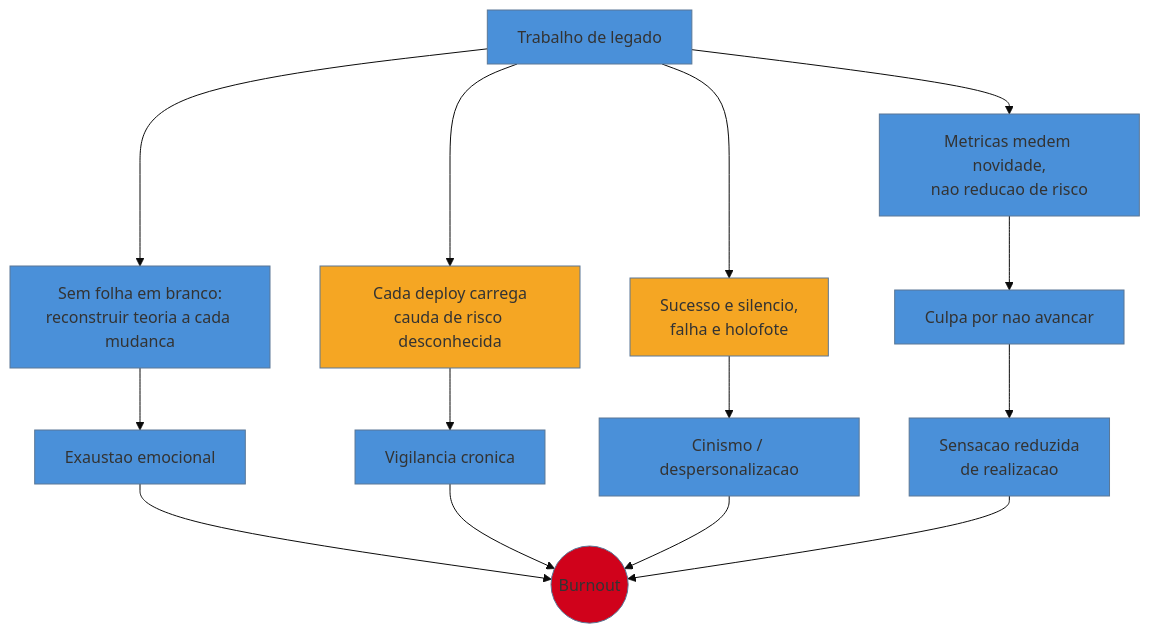
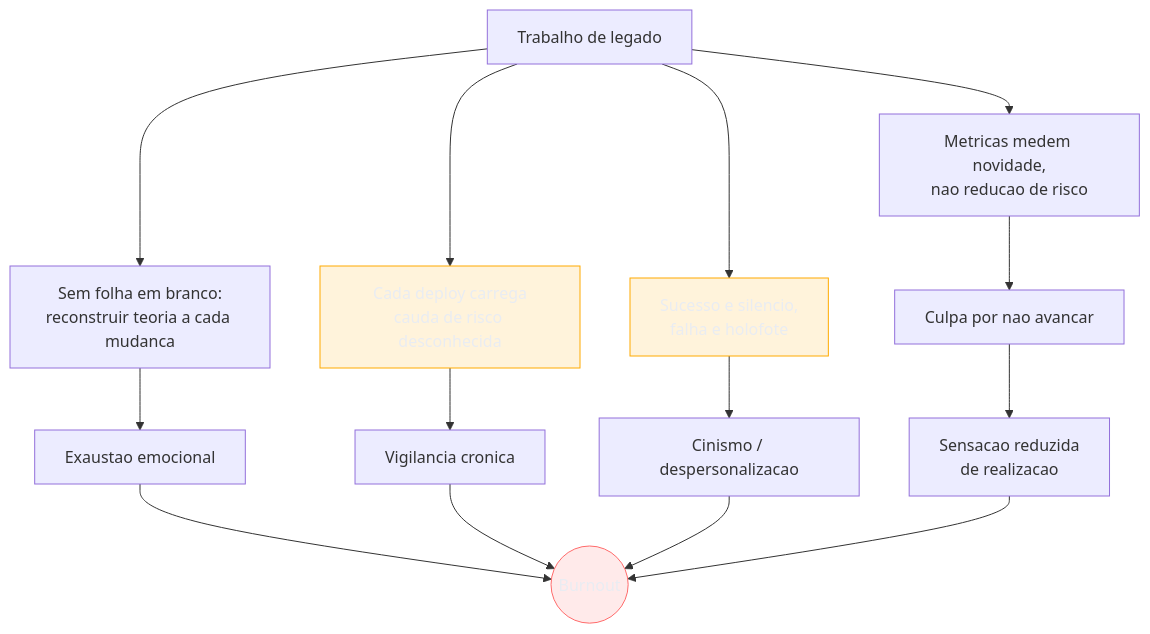
The first of 2 diagrams in 03-Dominios/Engenharia/Arqueologia e Restauração de Software/25 - Sustentabilidade humana.md (josenaldo/codex-technomanticus), drawn with Mermaid before and after one commit. The commit also changed other lines of this file and 1181 other files, not shown here.

First line of the commit message:
fix(diagramas): paleta do sistema no lugar de cor cravada no markdown

````diff
--- a/03-Dominios/Engenharia/Arqueologia e Restauração de Software/25 - Sustentabilidade humana.md
+++ b/03-Dominios/Engenharia/Arqueologia e Restauração de Software/25 - Sustentabilidade humana.md
@@ -42,20 +42,21 @@
 ```mermaid
-%%{init: {"theme": "base", "themeVariables": {"primaryColor": "#4A90D9"}}}%%
 graph TD
+    classDef destaque fill:#FFAA0024,stroke:#FFAA00,color:#E9ECF2
+    classDef falha fill:#FF6B6B24,stroke:#FF6B6B,color:#E9ECF2
     A[Trabalho de legado] --> B[Sem folha em branco:<br/>reconstruir teoria a cada mudanca]
     A --> C[Metricas medem novidade,<br/>nao reducao de risco]
     A --> D[Cada deploy carrega<br/>cauda de risco desconhecida]
     A --> E[Sucesso e silencio,<br/>falha e holofote]
     B --> F[Exaustao emocional]
     C --> G[Culpa por nao avancar]
     D --> H[Vigilancia cronica]
     E --> I[Cinismo / despersonalizacao]
     G --> J[Sensacao reduzida<br/>de realizacao]
     F --> K((Burnout))
     H --> K
     I --> K
     J --> K
-    style D fill:#F5A623
-    style E fill:#F5A623
-    style K fill:#D0021B
+    class D destaque
+    class E destaque
+    class K falha
 ```
````
